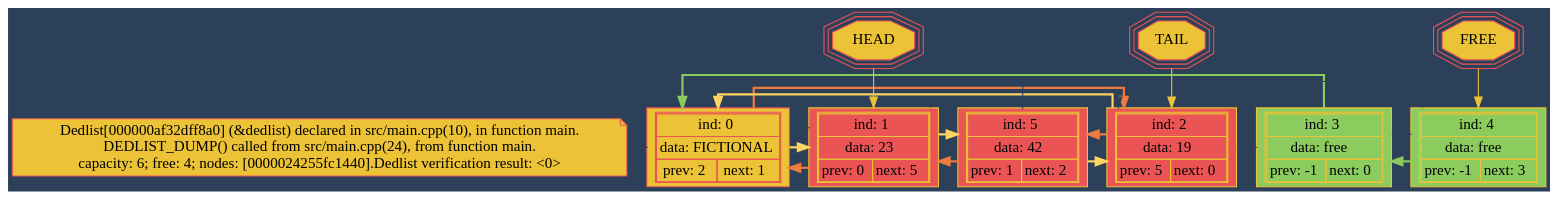
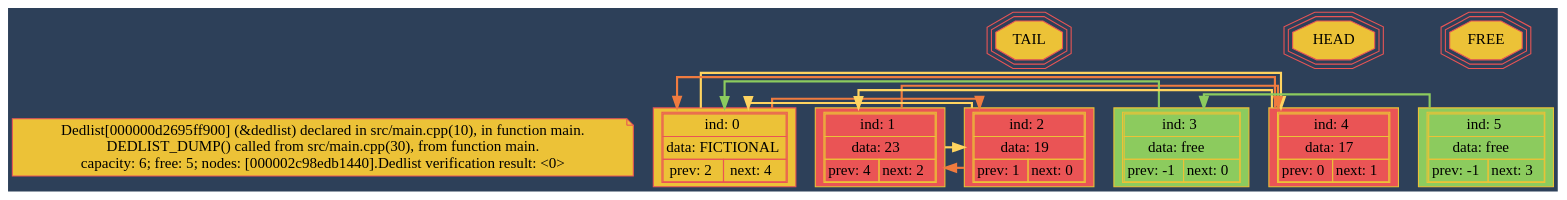
One commit to Feanor-19/dedlist changed the diagram in dumps/dedlist_dump.dot. Above: the diagram before and after it, drawn with Graphviz. The commit also changed 4 other files, not shown here.

```diff
--- a/dumps/dedlist_dump.dot
+++ b/dumps/dedlist_dump.dot
@@ -1,99 +1,99 @@
 digraph{
 splines=ortho;
 bgcolor="#2D4059";
 
 
 NODE_TEXT[shape=note, fontname="verdana",
 style=bold, style=filled,
 color="#EA5455", fillcolor="#ECC237",
-label = "Dedlist[000000af32dff8a0] (&dedlist) declared in src/main.cpp(10), in function main.\nDEDLIST_DUMP() called from src/main.cpp(24), from function main.\ncapacity: 6; free: 4; nodes: [0000024255fc1440].Dedlist verification result: <0>
+label = "Dedlist[000000d2695ff900] (&dedlist) declared in src/main.cpp(10), in function main.\nDEDLIST_DUMP() called from src/main.cpp(30), from function main.\ncapacity: 6; free: 5; nodes: [000002c98edb1440].Dedlist verification result: <0>
 "]
 
 
 NODE_0[shape="record", fontname="verdana",
 style=bold, style=filled,
 color="#EA5455", fillcolor="#ECC237",
 label = <<table cellspacing="0">
 <tr><td colspan="2">ind: 0</td></tr>
 <tr><td colspan="2">data: FICTIONAL</td></tr>
-<tr><td>prev: 2</td><td>next: 1</td></tr></table>>];
+<tr><td>prev: 2</td><td>next: 4</td></tr></table>>];
 
 
 NODE_1[shape="record", fontname="verdana",
 style=bold, style=filled,
 color="#ECC237", fillcolor="#EA5455",
 label = <<table cellspacing="0">
 <tr><td colspan="2">ind: 1</td></tr>
 <tr><td colspan="2">data: 23</td></tr>
-<tr><td>prev: 0</td><td>next: 5</td></tr></table>>];
+<tr><td>prev: 4</td><td>next: 2</td></tr></table>>];
 
 NODE_2[shape="record", fontname="verdana",
 style=bold, style=filled,
 color="#ECC237", fillcolor="#EA5455",
 label = <<table cellspacing="0">
 <tr><td colspan="2">ind: 2</td></tr>
 <tr><td colspan="2">data: 19</td></tr>
-<tr><td>prev: 5</td><td>next: 0</td></tr></table>>];
+<tr><td>prev: 1</td><td>next: 0</td></tr></table>>];
 
 NODE_3[shape="record", fontname="verdana",
 style=bold, style=filled,
 color="#ECC237", fillcolor="#8ccb5e",
 label = <<table cellspacing="0">
 <tr><td colspan="2">ind: 3</td></tr>
 <tr><td colspan="2">data: free</td></tr>
 <tr><td>prev: -1</td><td>next: 0</td></tr></table>>];
 
 NODE_4[shape="record", fontname="verdana",
 style=bold, style=filled,
-color="#ECC237", fillcolor="#8ccb5e",
+color="#ECC237", fillcolor="#EA5455",
 label = <<table cellspacing="0">
 <tr><td colspan="2">ind: 4</td></tr>
-<tr><td colspan="2">data: free</td></tr>
-<tr><td>prev: -1</td><td>next: 3</td></tr></table>>];
+<tr><td colspan="2">data: 17</td></tr>
+<tr><td>prev: 0</td><td>next: 1</td></tr></table>>];
 
 NODE_5[shape="record", fontname="verdana",
 style=bold, style=filled,
-color="#ECC237", fillcolor="#EA5455",
+color="#ECC237", fillcolor="#8ccb5e",
 label = <<table cellspacing="0">
 <tr><td colspan="2">ind: 5</td></tr>
-<tr><td colspan="2">data: 42</td></tr>
-<tr><td>prev: 1</td><td>next: 2</td></tr></table>>];
+<tr><td colspan="2">data: free</td></tr>
+<tr><td>prev: -1</td><td>next: 3</td></tr></table>>];
 
 HEAD[shape=tripleoctagon, style=filled,
 fontname="verdana", color="#EA5455", fillcolor="#ECC237"];
 
 TAIL[shape=tripleoctagon, style=filled,
 fontname="verdana", color="#EA5455", fillcolor="#ECC237"];
 
 FREE[shape=tripleoctagon, style=filled,
 fontname="verdana", color="#EA5455", fillcolor="#ECC237"];
 
 
 {rank=same; NODE_TEXT NODE_0 NODE_1 NODE_2 NODE_3 NODE_4 NODE_5 }
-NODE_TEXT->NODE_0[weight=10, color="#2D4059"];
-NODE_0->NODE_1[weight=10, color="#2D4059"];
-NODE_1->NODE_2[weight=10, color="#2D4059"];
-NODE_2->NODE_3[weight=10, color="#2D4059"];
-NODE_3->NODE_4[weight=10, color="#2D4059"];
-NODE_4->NODE_5[weight=10, color="#2D4059"];
-HEAD->NODE_1[color="#ECC237"];
-TAIL->NODE_2[color="#ECC237"];
-FREE->NODE_4[color="#ECC237"];
+NODE_TEXT->NODE_0[weight=10, style=invis];
+NODE_0->NODE_1[weight=10, style=invis];
+NODE_1->NODE_2[weight=10, style=invis];
+NODE_2->NODE_3[weight=10, style=invis];
+NODE_3->NODE_4[weight=10, style=invis];
+NODE_4->NODE_5[weight=10, style=invis];
+HEAD->NODE_4[style=invis];
+TAIL->NODE_2[style=invis];
+FREE->NODE_5[style=invis];
 
 
 NODE_0->NODE_2[color="#F07B3F", penwidth=2];
-NODE_0->NODE_1[color="#FFD460", penwidth=2];
+NODE_0->NODE_4[color="#FFD460", penwidth=2];
 
-NODE_1->NODE_0[color="#F07B3F", penwidth=2];
-NODE_1->NODE_5[color="#FFD460", penwidth=2];
+NODE_1->NODE_4[color="#F07B3F", penwidth=2];
+NODE_1->NODE_2[color="#FFD460", penwidth=2];
 
-NODE_2->NODE_5[color="#F07B3F", penwidth=2];
+NODE_2->NODE_1[color="#F07B3F", penwidth=2];
 NODE_2->NODE_0[color="#FFD460", penwidth=2];
 
 NODE_3->NODE_0[color="#8ccb5e", penwidth=2];
-NODE_4->NODE_3[color="#8ccb5e", penwidth=2];
-NODE_5->NODE_1[color="#F07B3F", penwidth=2];
-NODE_5->NODE_2[color="#FFD460", penwidth=2];
+NODE_4->NODE_0[color="#F07B3F", penwidth=2];
+NODE_4->NODE_1[color="#FFD460", penwidth=2];
 
+NODE_5->NODE_3[color="#8ccb5e", penwidth=2];
 
 }
```
